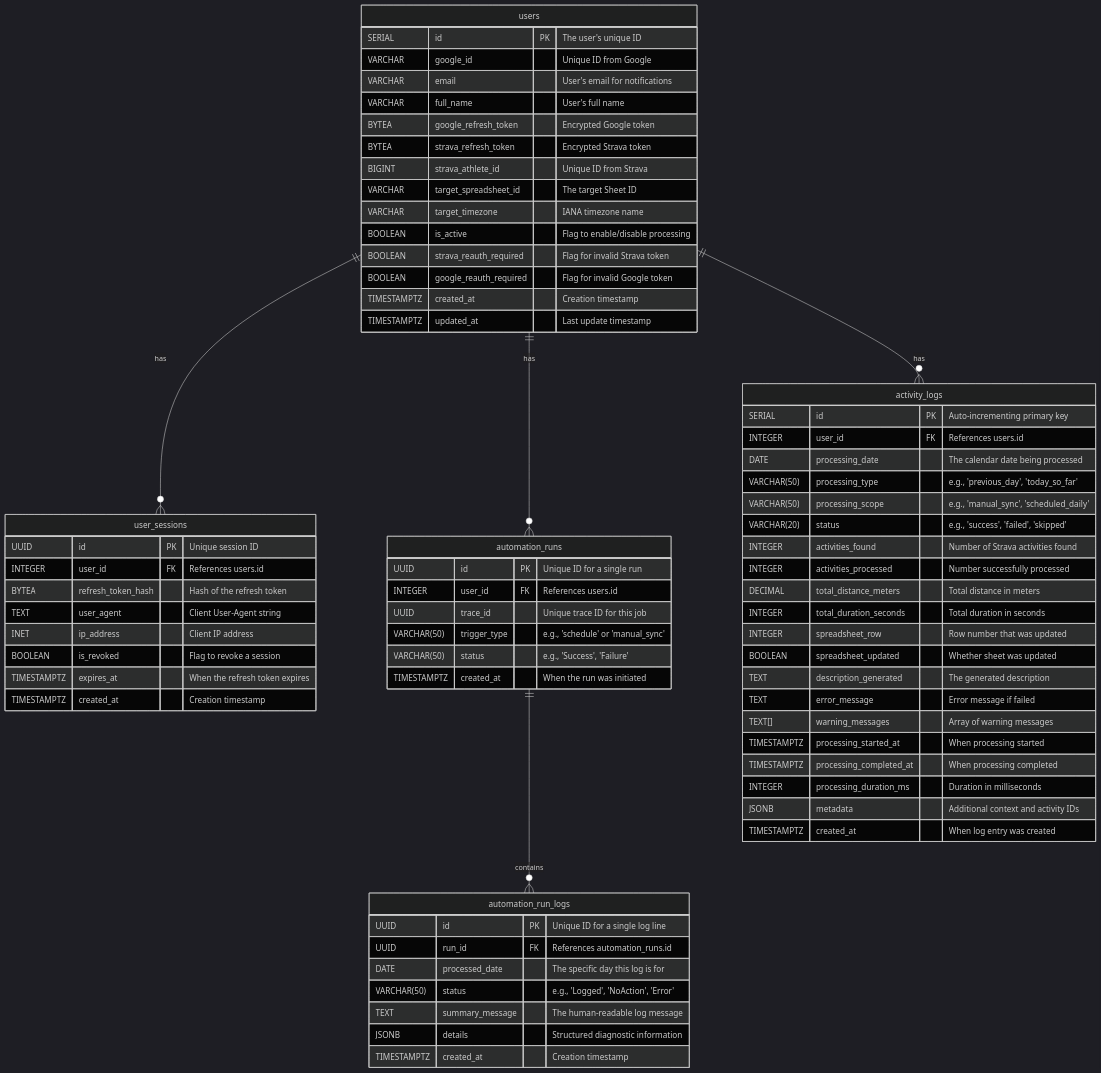
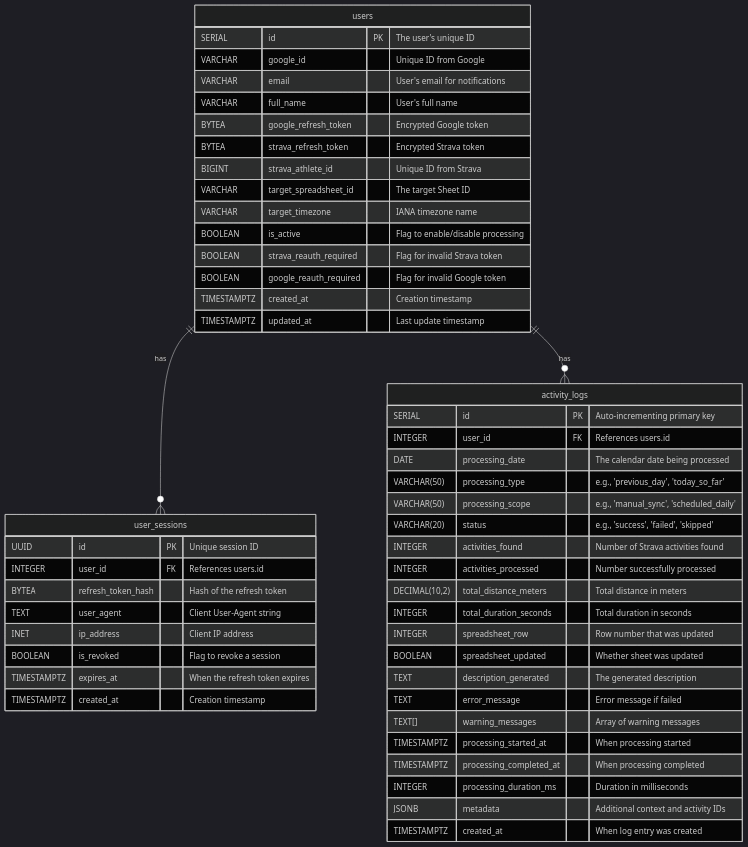
Before and after one commit to Perseverance/the-academy-sync-claude: the sixth of 6 diagrams in docs/SDD.md, drawn with Mermaid (dark theme). The commit also changed other lines of this file, not shown here.

First line of the commit message:
Remove unused tables and fix type inconsistencies in SDD

````diff
--- a/docs/SDD.md
+++ b/docs/SDD.md
@@ -555,77 +555,56 @@
 ```mermaid
 erDiagram
     users {
         SERIAL id PK "The user's unique ID"
         VARCHAR google_id "Unique ID from Google"
         VARCHAR email "User's email for notifications"
         VARCHAR full_name "User's full name"
         BYTEA google_refresh_token "Encrypted Google token"
         BYTEA strava_refresh_token "Encrypted Strava token"
         BIGINT strava_athlete_id "Unique ID from Strava"
         VARCHAR target_spreadsheet_id "The target Sheet ID"
         VARCHAR target_timezone "IANA timezone name"
         BOOLEAN is_active "Flag to enable/disable processing"
         BOOLEAN strava_reauth_required "Flag for invalid Strava token"
         BOOLEAN google_reauth_required "Flag for invalid Google token"
         TIMESTAMPTZ created_at "Creation timestamp"
         TIMESTAMPTZ updated_at "Last update timestamp"
     }
 
     user_sessions {
         UUID id PK "Unique session ID"
         INTEGER user_id FK "References users.id"
         BYTEA refresh_token_hash "Hash of the refresh token"
         TEXT user_agent "Client User-Agent string"
         INET ip_address "Client IP address"
         BOOLEAN is_revoked "Flag to revoke a session"
         TIMESTAMPTZ expires_at "When the refresh token expires"
         TIMESTAMPTZ created_at "Creation timestamp"
     }
 
-    automation_runs {
-        UUID id PK "Unique ID for a single run"
-        INTEGER user_id FK "References users.id"
-        UUID trace_id "Unique trace ID for this job"
-        VARCHAR(50) trigger_type "e.g., 'schedule' or 'manual_sync'"
-        VARCHAR(50) status "e.g., 'Success', 'Failure'"
-        TIMESTAMPTZ created_at "When the run was initiated"
-    }
-
-    automation_run_logs {
-        UUID id PK "Unique ID for a single log line"
-        UUID run_id FK "References automation_runs.id"
-        DATE processed_date "The specific day this log is for"
-        VARCHAR(50) status "e.g., 'Logged', 'NoAction', 'Error'"
-        TEXT summary_message "The human-readable log message"
-        JSONB details "Structured diagnostic information"
-        TIMESTAMPTZ created_at "Creation timestamp"
-    }
-
     activity_logs {
         SERIAL id PK "Auto-incrementing primary key"
         INTEGER user_id FK "References users.id"
         DATE processing_date "The calendar date being processed"
         VARCHAR(50) processing_type "e.g., 'previous_day', 'today_so_far'"
         VARCHAR(50) processing_scope "e.g., 'manual_sync', 'scheduled_daily'"
         VARCHAR(20) status "e.g., 'success', 'failed', 'skipped'"
         INTEGER activities_found "Number of Strava activities found"
         INTEGER activities_processed "Number successfully processed"
-        DECIMAL total_distance_meters "Total distance in meters"
+        DECIMAL(10,2) total_distance_meters "Total distance in meters"
         INTEGER total_duration_seconds "Total duration in seconds"
         INTEGER spreadsheet_row "Row number that was updated"
         BOOLEAN spreadsheet_updated "Whether sheet was updated"
         TEXT description_generated "The generated description"
         TEXT error_message "Error message if failed"
         TEXT[] warning_messages "Array of warning messages"
         TIMESTAMPTZ processing_started_at "When processing started"
         TIMESTAMPTZ processing_completed_at "When processing completed"
         INTEGER processing_duration_ms "Duration in milliseconds"
         JSONB metadata "Additional context and activity IDs"
         TIMESTAMPTZ created_at "When log entry was created"
     }
 
     users ||--o{ user_sessions : "has"
-    users ||--o{ automation_runs : "has"
     users ||--o{ activity_logs : "has"
-    automation_runs ||--o{ automation_run_logs : "contains"
 ```
````
